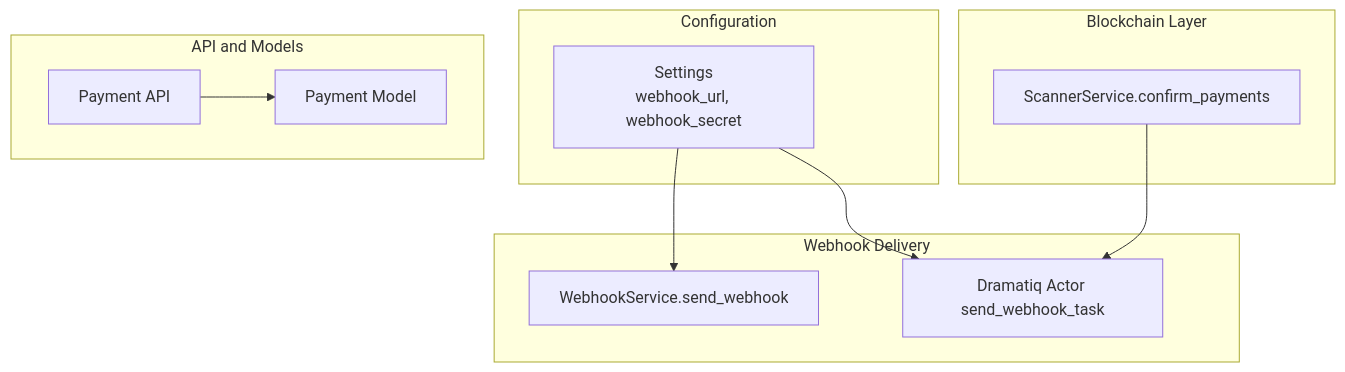
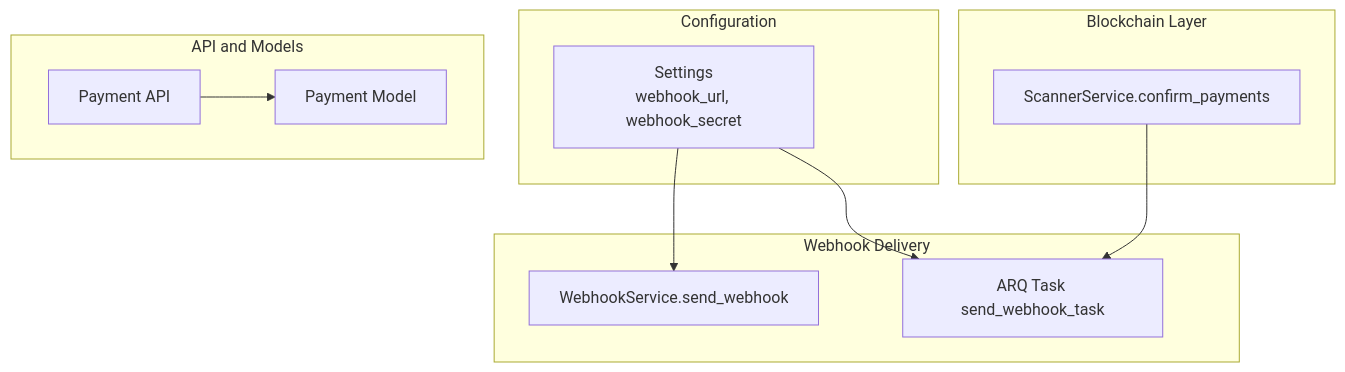
The first of 5 diagrams in docs/security-considerations/webhook-security.md (rakibhossain72/ctrip-docs), drawn with Mermaid before and after one commit. The commit also changed other lines of this file and 25 other files, not shown here.

First line of the commit message:
docs: Update documentation to reflect ARQ task migration from Dramatiq

````diff
--- a/docs/security-considerations/webhook-security.md
+++ b/docs/security-considerations/webhook-security.md
@@ -39,21 +39,21 @@
 ```mermaid
 graph TB
 subgraph "Configuration"
 CFG["Settings<br/>webhook_url, webhook_secret"]
 end
 subgraph "Webhook Delivery"
 SVC["WebhookService.send_webhook"]
-ACT["Dramatiq Actor send_webhook_task"]
+ACT["ARQ Task send_webhook_task"]
 end
 subgraph "Blockchain Layer"
 SCN["ScannerService.confirm_payments"]
 end
 subgraph "API and Models"
 PAY["Payment API"]
 PM["Payment Model"]
 end
 CFG --> SVC
 CFG --> ACT
 SCN --> ACT
 PAY --> PM
 ```
````
